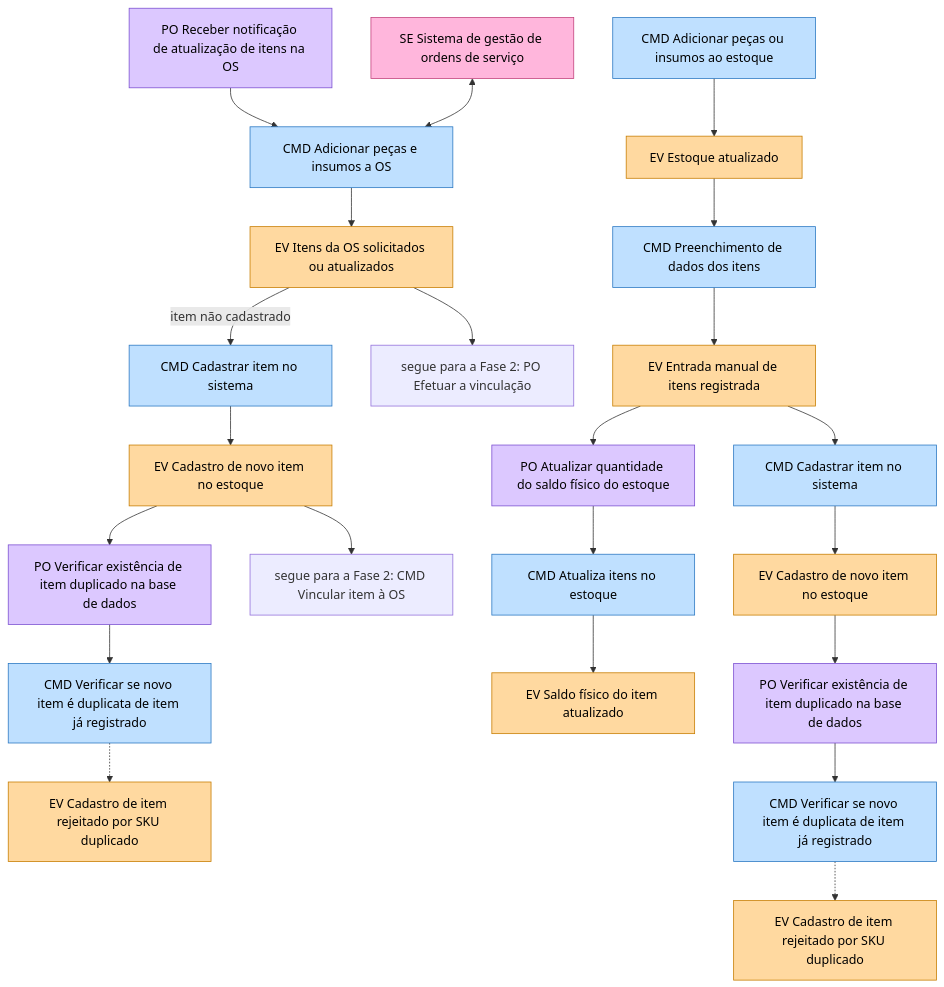
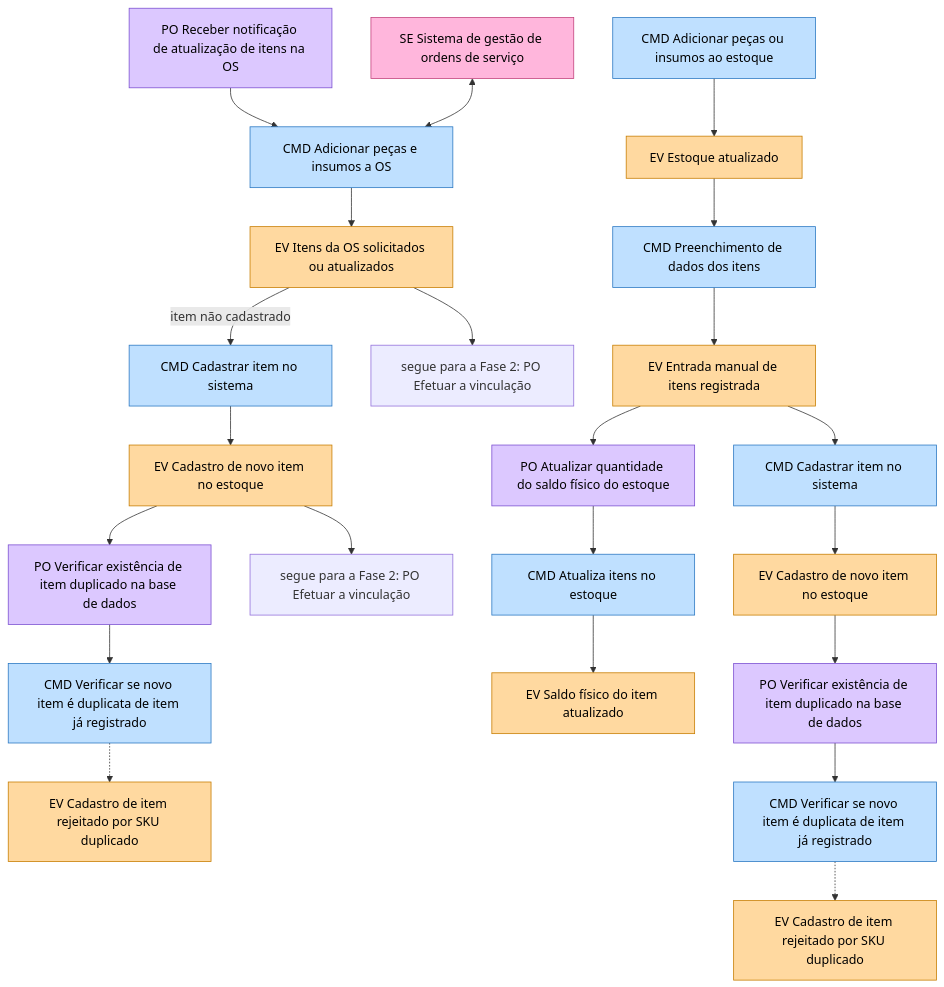
The second of 13 diagrams in docs/ddd/event-storming/fluxo-pecas-insumos.md (raffharah/tech-challenge-oficina), drawn with Mermaid before and after one commit. The commit also changed other lines of this file and 1 other file, not shown here.

````diff
--- a/docs/ddd/event-storming/fluxo-pecas-insumos.md
+++ b/docs/ddd/event-storming/fluxo-pecas-insumos.md
@@ -45,27 +45,27 @@
 ```mermaid
 flowchart TD
   P1["PO Receber notificação de atualização de itens na OS"] --> C1["CMD Adicionar peças e insumos a OS"]
   S1["SE Sistema de gestão de ordens de serviço"] <--> C1
   C1 --> E1["EV Itens da OS solicitados ou atualizados"]
   E1 -->|"item não cadastrado"| C2["CMD Cadastrar item no sistema"]
   C2 --> E2["EV Cadastro de novo item no estoque"]
   E2 --> P2["PO Verificar existência de item duplicado na base de dados"] --> C3["CMD Verificar se novo item é duplicata de item já registrado"]
   C3 -.-> E3["EV Cadastro de item rejeitado por SKU duplicado"]
   E1 --> F2["segue para a Fase 2: PO Efetuar a vinculação"]
-  E2 --> F2b["segue para a Fase 2: CMD Vincular item à OS"]
+  E2 --> F2b["segue para a Fase 2: PO Efetuar a vinculação"]
 
   M1["CMD Adicionar peças ou insumos ao estoque"] --> M2["EV Estoque atualizado"] --> M3["CMD Preenchimento de dados dos itens"] --> M4["EV Entrada manual de itens registrada"]
   M4 --> M5["PO Atualizar quantidade do saldo físico do estoque"] --> M6["CMD Atualiza itens no estoque"] --> M7["EV Saldo físico do item atualizado"]
   M4 --> M8["CMD Cadastrar item no sistema"] --> M9["EV Cadastro de novo item no estoque"]
   M9 --> M10["PO Verificar existência de item duplicado na base de dados"] --> M11["CMD Verificar se novo item é duplicata de item já registrado"]
   M11 -.-> M12["EV Cadastro de item rejeitado por SKU duplicado"]
 
   classDef cmd fill:#bfe0ff,stroke:#2b78c2,color:#000
   classDef ev fill:#ffd9a0,stroke:#c77d00,color:#000
   classDef po fill:#dcc8ff,stroke:#7b4fd1,color:#000
   classDef se fill:#ffb6dc,stroke:#c2417c,color:#000
   class C1,C2,C3,M1,M3,M6,M8,M11 cmd
   class E1,E2,E3,M2,M4,M7,M9,M12 ev
   class P1,P2,M5,M10 po
   class S1 se
 ```
````
